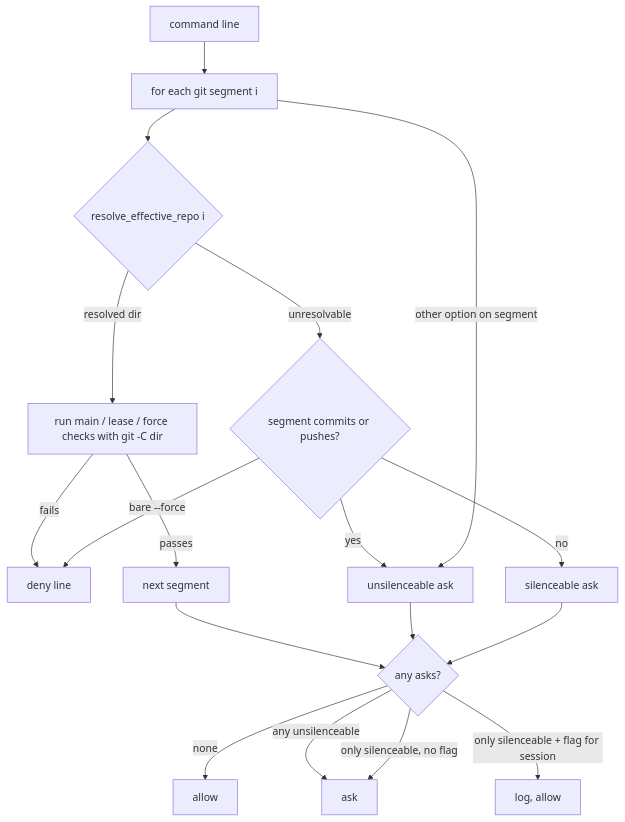
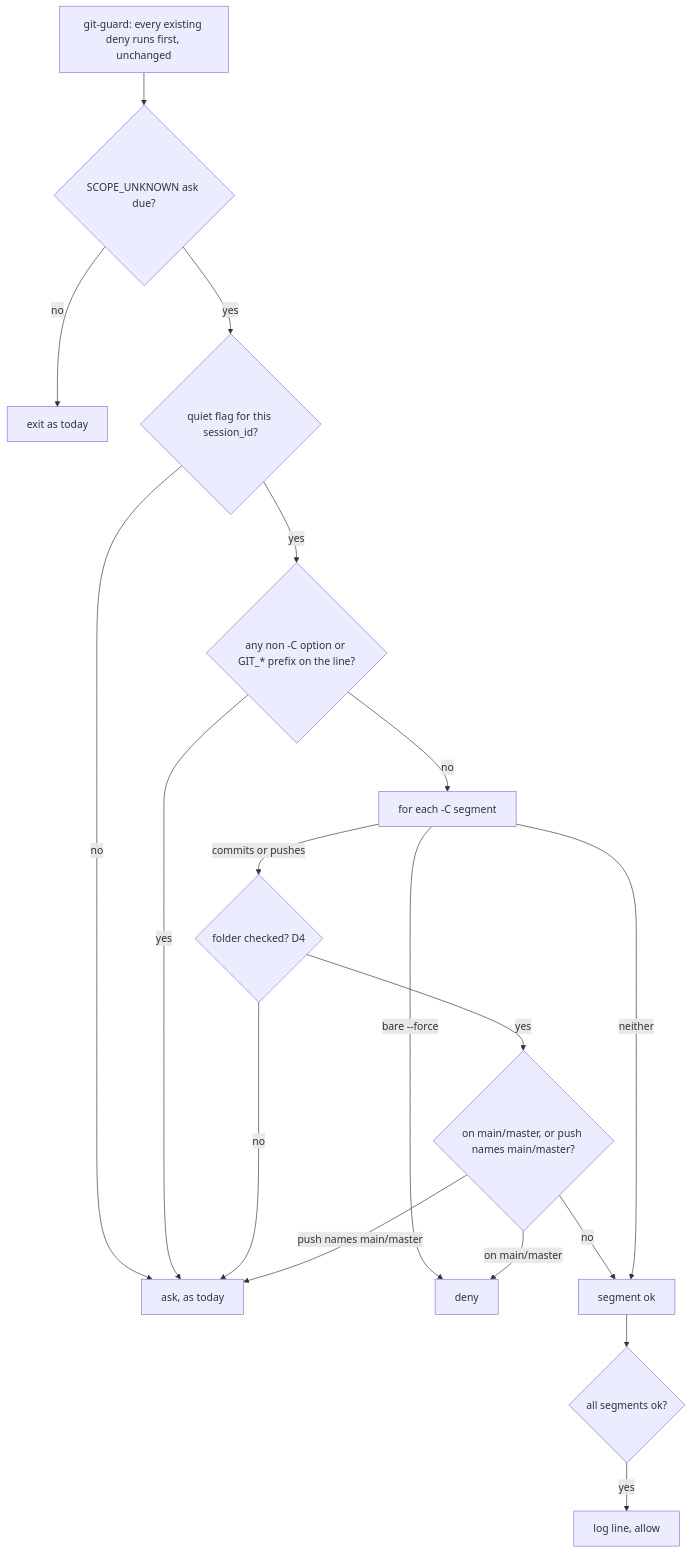
The diagram in docs/features/git-guard-quiet.md (suyatdev/.claude), drawn with Mermaid before and after one commit. The commit also changed other lines of this file, not shown here.

First line of the commit message:
docs(git-guard-quiet): revision 4 - quiet-only rule set by Mark after round-3 escalation

````diff
--- a/docs/features/git-guard-quiet.md
+++ b/docs/features/git-guard-quiet.md
@@ -70,20 +69,20 @@
 ```mermaid
 flowchart TD
-    L[command line] --> S[for each git segment i]
-    S --> R{resolve_effective_repo i}
-    R -->|resolved dir| K[run main / lease / force checks with git -C dir]
-    R -->|unresolvable| U{segment commits or pushes?}
-    K -->|fails| DENY[deny line]
-    K -->|passes| NEXT[next segment]
-    U -->|bare --force| DENY
-    U -->|yes| HARD[unsilenceable ask]
-    U -->|no| SOFT[silenceable ask]
-    S -->|other option on segment| HARD
-    NEXT --> END{any asks?}
-    HARD --> END
-    SOFT --> END
-    END -->|none| ALLOW[allow]
-    END -->|any unsilenceable| ASK[ask]
-    END -->|only silenceable + flag for session| LOG[log, allow]
-    END -->|only silenceable, no flag| ASK
+    A[git-guard: every existing deny runs first, unchanged] --> B{SCOPE_UNKNOWN ask due?}
+    B -->|no| OK[exit as today]
+    B -->|yes| Q{quiet flag for this session_id?}
+    Q -->|no| ASK[ask, as today]
+    Q -->|yes| O{any non -C option or GIT_* prefix on the line?}
+    O -->|yes| ASK
+    O -->|no| S[for each -C segment]
+    S -->|bare --force| DENY[deny]
+    S -->|commits or pushes| C{folder checked? D4}
+    C -->|no| ASK
+    C -->|yes| M{on main/master, or push names main/master?}
+    M -->|on main/master| DENY
+    M -->|push names main/master| ASK
+    M -->|no| NEXT[segment ok]
+    S -->|neither| NEXT
+    NEXT --> ALL{all segments ok?}
+    ALL -->|yes| LOG[log line, allow]
 ```
````
